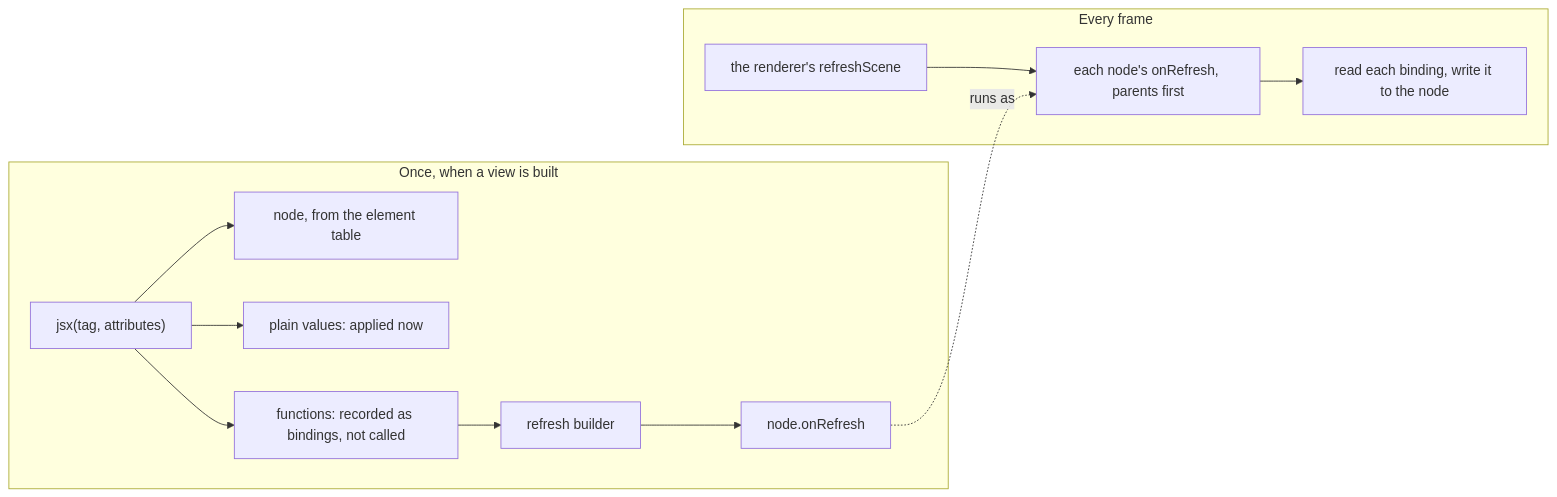
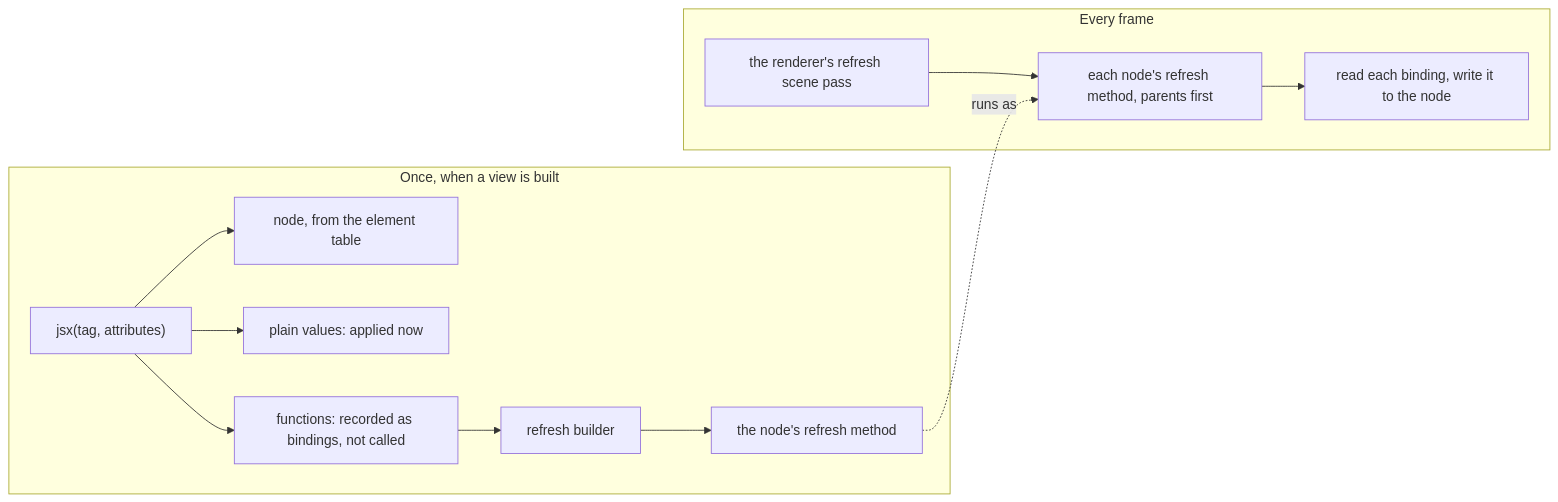
Before and after one commit to yortus/mvt-games: the diagram in src/mvt-utils/jsx/README.md, drawn with Mermaid. The commit also changed other lines of this file and 49 other files, not shown here.

````diff
--- a/src/mvt-utils/jsx/README.md
+++ b/src/mvt-utils/jsx/README.md
@@ -45,15 +45,15 @@
 ```mermaid
 flowchart LR
     subgraph build["Once, when a view is built"]
         J["jsx(tag, attributes)"] --> N["node, from the element table"]
         J --> V["plain values: applied now"]
         J --> B["functions: recorded as bindings, not called"]
         B --> RB["refresh builder"]
-        RB --> M["node.onRefresh"]
+        RB --> M["the node's refresh method"]
     end
     subgraph frame["Every frame"]
-        RS["the renderer's refreshScene"] --> M2["each node's onRefresh, parents first"]
+        RS["the renderer's refresh scene pass"] --> M2["each node's refresh method, parents first"]
         M2 --> RW["read each binding, write it to the node"]
     end
     M -. "runs as" .-> M2
 ```
````
